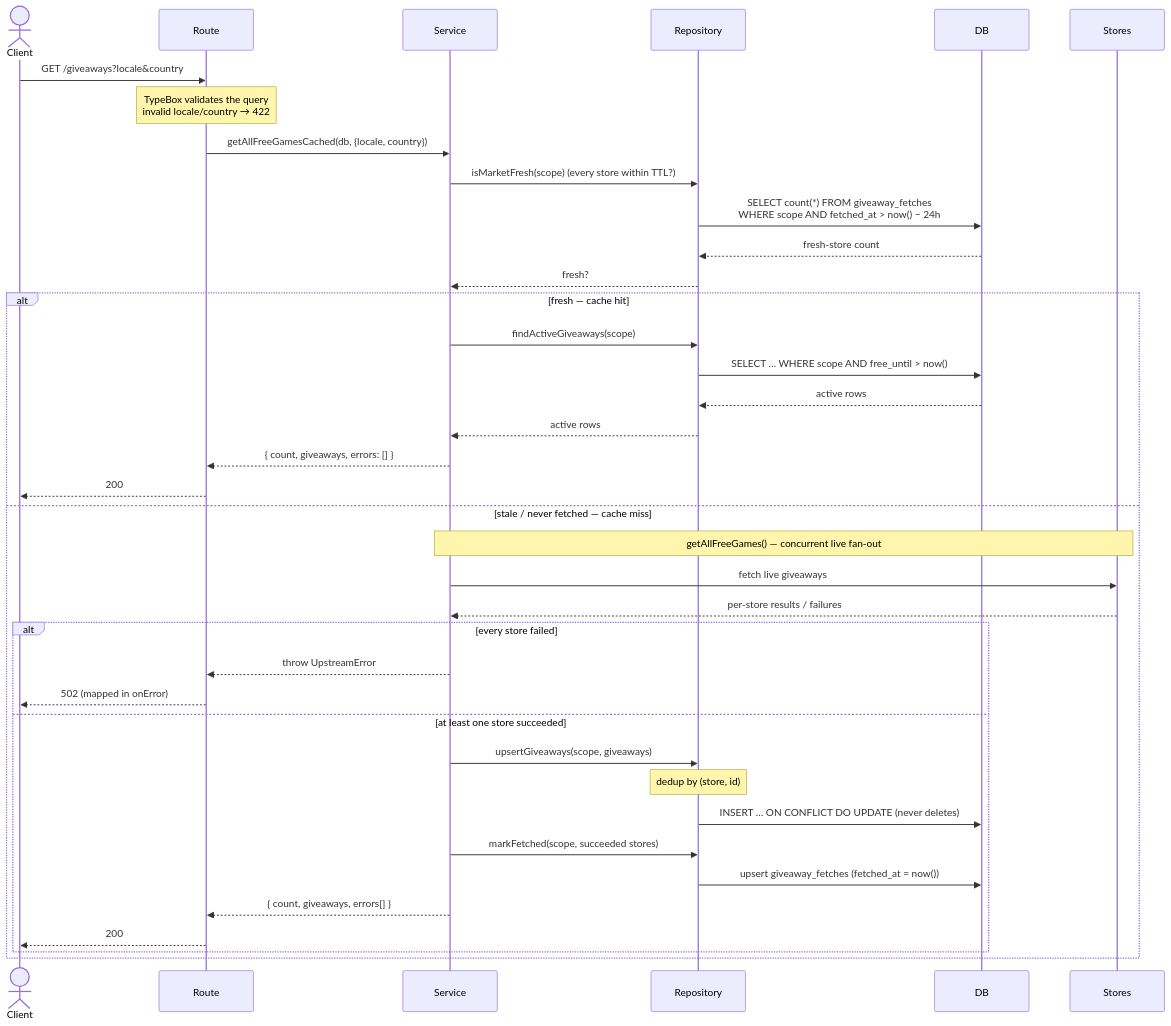
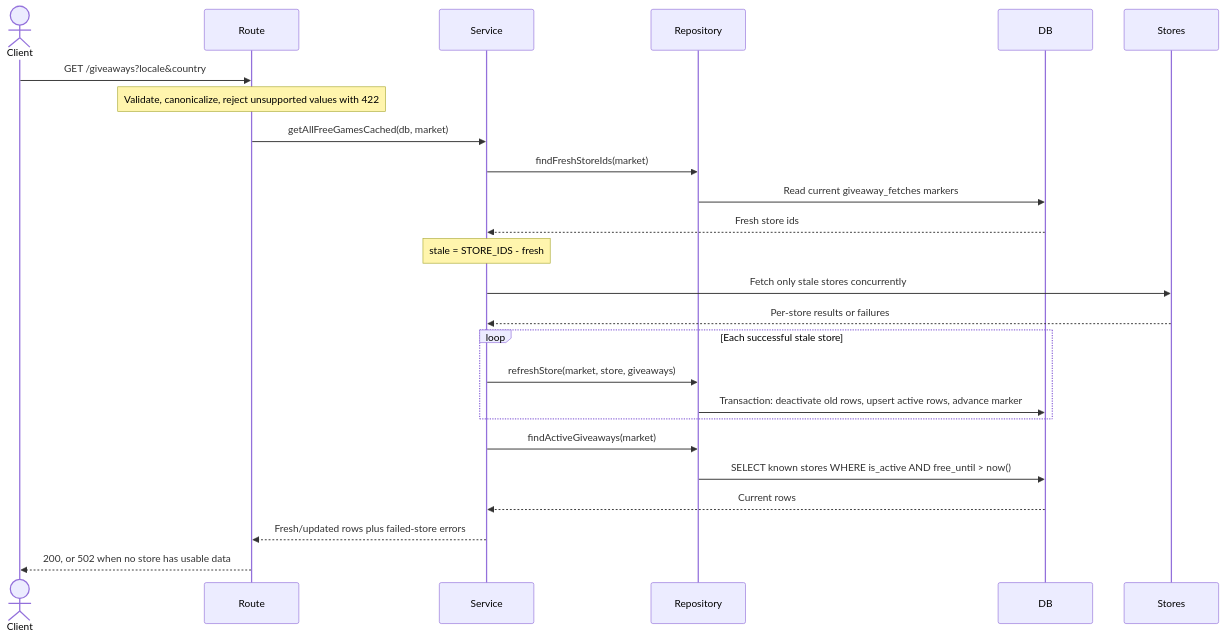
One commit to anthonypillot/claim changed the diagram in docs/giveaways-flow.md. Above: the diagram before and after it, drawn with Mermaid. The commit also changed other lines of this file and 34 other files, not shown here.

Commit message:
feat(giveaways): enhance Epic Games and GOG stores with improved response validation

````diff
--- a/docs/giveaways-flow.md
+++ b/docs/giveaways-flow.md
@@ -23,43 +17,30 @@
 ```mermaid
 sequenceDiagram
     actor Client
     participant Route
     participant Service
     participant Repository
     participant DB
     participant Stores
 
     Client->>Route: GET /giveaways?locale&country
-    Note over Route: TypeBox validates the query<br/>invalid locale/country → 422
-    Route->>Service: getAllFreeGamesCached(db, {locale, country})
+    Note over Route: Validate, canonicalize, reject unsupported values with 422
+    Route->>Service: getAllFreeGamesCached(db, market)
+    Service->>Repository: findFreshStoreIds(market)
+    Repository->>DB: Read current giveaway_fetches markers
+    DB-->>Service: Fresh store ids
+    Note over Service: stale = STORE_IDS - fresh
+    Service->>Stores: Fetch only stale stores concurrently
+    Stores-->>Service: Per-store results or failures
 
-    Service->>Repository: isMarketFresh(scope)  (every store within TTL?)
-    Repository->>DB: SELECT count(*) FROM giveaway_fetches<br/>WHERE scope AND fetched_at > now() − 24h
-    DB-->>Repository: fresh-store count
-    Repository-->>Service: fresh?
+    loop Each successful stale store
+        Service->>Repository: refreshStore(market, store, giveaways)
+        Repository->>DB: Transaction: deactivate old rows, upsert active rows, advance marker
+    end
 
-    alt fresh — cache hit
-        Service->>Repository: findActiveGiveaways(scope)
-        Repository->>DB: SELECT … WHERE scope AND free_until > now()
-        DB-->>Repository: active rows
-        Repository-->>Service: active rows
-        Service-->>Route: { count, giveaways, errors: [] }
-        Route-->>Client: 200
-    else stale / never fetched — cache miss
-        Note over Service,Stores: getAllFreeGames() — concurrent live fan-out
-        Service->>Stores: fetch live giveaways
-        Stores-->>Service: per-store results / failures
-        alt every store failed
-            Service-->>Route: throw UpstreamError
-            Route-->>Client: 502 (mapped in onError)
-        else at least one store succeeded
-            Service->>Repository: upsertGiveaways(scope, giveaways)
-            Note over Repository: dedup by (store, id)
-            Repository->>DB: INSERT … ON CONFLICT DO UPDATE (never deletes)
-            Service->>Repository: markFetched(scope, succeeded stores)
-            Repository->>DB: upsert giveaway_fetches (fetched_at = now())
-            Service-->>Route: { count, giveaways, errors[] }
-            Route-->>Client: 200
-        end
-    end
+    Service->>Repository: findActiveGiveaways(market)
+    Repository->>DB: SELECT known stores WHERE is_active AND free_until > now()
+    DB-->>Service: Current rows
+    Service-->>Route: Fresh/updated rows plus failed-store errors
+    Route-->>Client: 200, or 502 when no store has usable data
 ```
````
